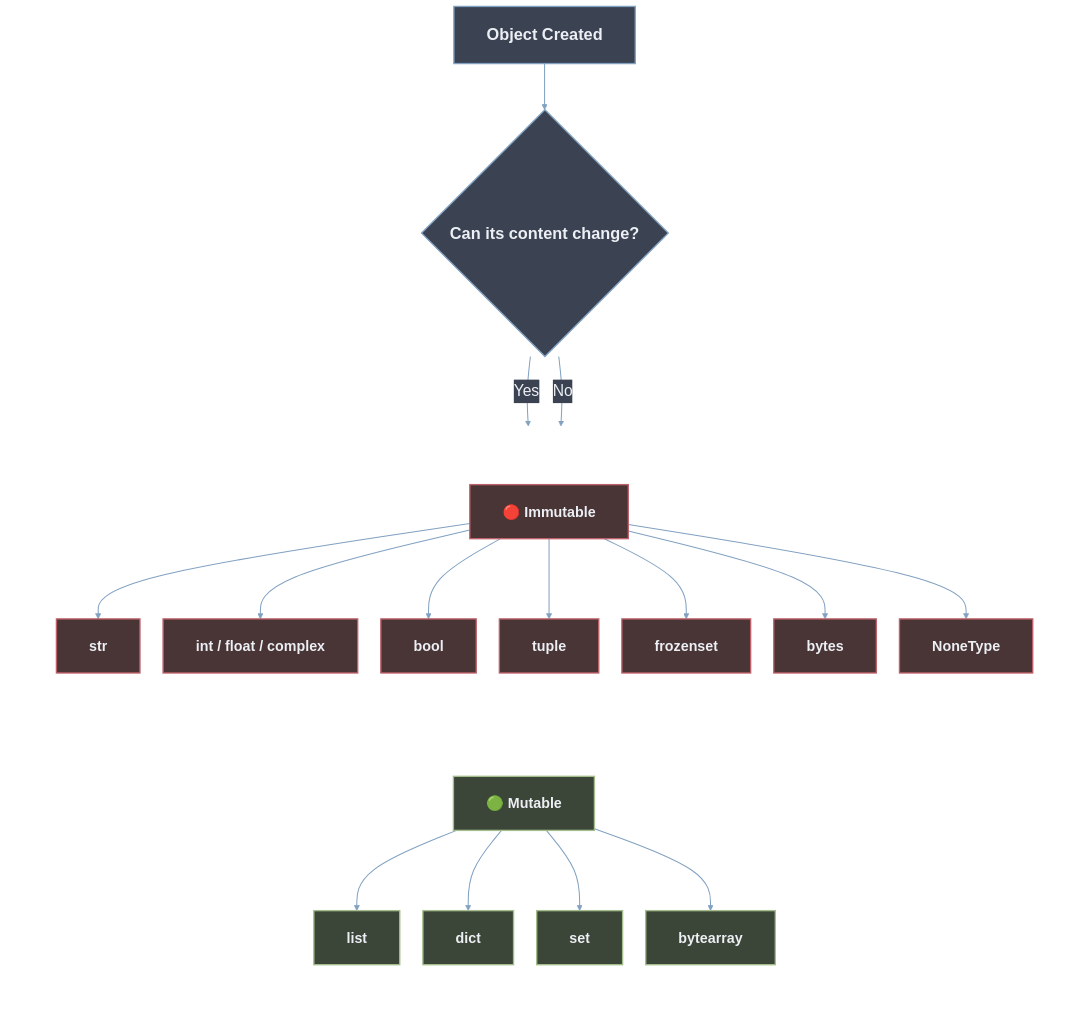
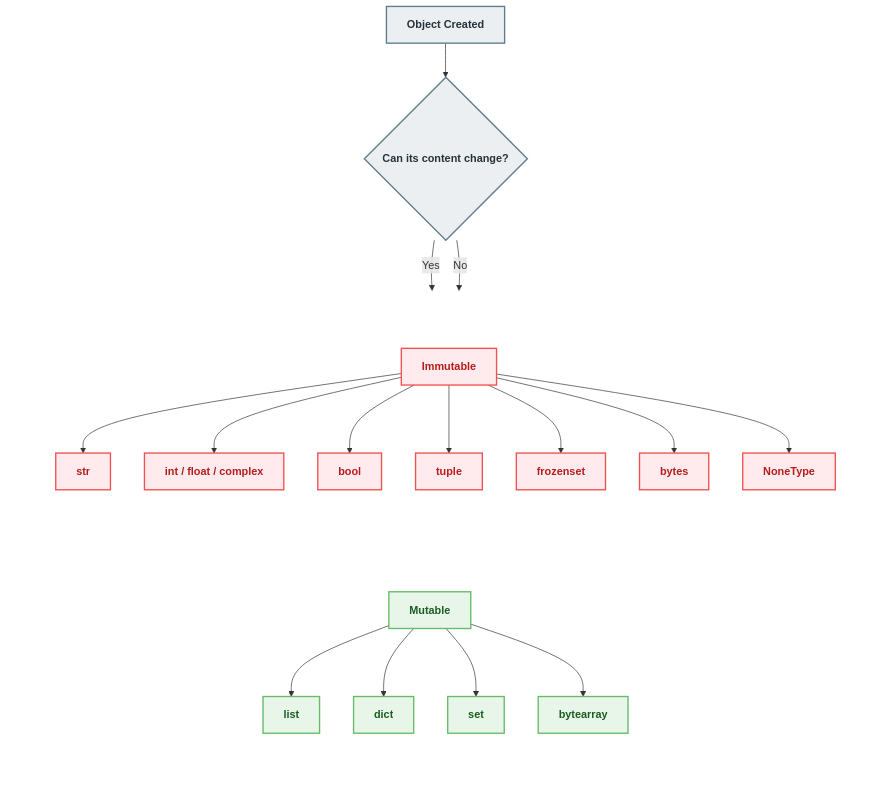
Before and after one commit to maliksiddiq/learning-agentic-ai: the fifth of 6 diagrams in 01_ Python_For_ Agentic_ Ai/01 Data types/Readme.md, drawn with Mermaid. The commit also changed other lines of this file, not shown here.

````diff
--- a/01_ Python_For_ Agentic_ Ai/01 Data types/Readme.md
+++ b/01_ Python_For_ Agentic_ Ai/01 Data types/Readme.md
@@ -681,42 +566,39 @@
 ```mermaid
-%%{init: {'theme': 'base', 'themeVariables': {'background': '#2E3440', 'primaryColor': '#3B4252', 'primaryTextColor': '#ECEFF4', 'primaryBorderColor': '#81A1C1', 'lineColor': '#81A1C1', 'edgeLabelBackground': '#3B4252', 'fontSize': '23px', 'fontFamily': 'Segoe UI, Arial, sans-serif'}, 'flowchart': {'useMaxWidth': true, 'htmlLabels': true, 'wrappingWidth': 500, 'nodeSpacing': 34, 'rankSpacing': 68, 'curve': 'basis', 'padding': 24}} }%%
 flowchart TB
     A["Object Created"] --> B{"Can its content change?"}
 
     subgraph ROWMI[ ]
     direction LR
         subgraph G_MUT[ ]
         direction TB
-            M["🟢 Mutable"]
+            M["Mutable"]
             M --> M1["list"]
             M --> M2["dict"]
             M --> M3["set"]
             M --> M4["bytearray"]
         end
         subgraph G_IMM[ ]
         direction TB
-            I["🔴 Immutable"]
+            I["Immutable"]
             I --> I1["str"]
             I --> I2["int / float / complex"]
             I --> I3["bool"]
             I --> I4["tuple"]
             I --> I5["frozenset"]
             I --> I6["bytes"]
             I --> I7["NoneType"]
         end
     end
 
     B -->|"Yes"| M
     B -->|"No"| I
 
-    classDef decision fill:#3B4252,color:#ECEFF4,stroke:#81A1C1,stroke-width:2px,font-weight:bold,font-size:24px
-    classDef mut fill:#3C4638,color:#ECEFF4,stroke:#A3BE8C,stroke-width:2px,font-weight:bold,font-size:21px
-    classDef imm fill:#493536,color:#ECEFF4,stroke:#BF616A,stroke-width:2px,font-weight:bold,font-size:21px
+    classDef decision fill:#ECEFF1,color:#263238,stroke:#607D8B,stroke-width:2px,font-weight:bold
+    classDef mut fill:#E8F5E9,color:#1B5E20,stroke:#66BB6A,stroke-width:2px,font-weight:bold
+    classDef imm fill:#FFEBEE,color:#B71C1C,stroke:#EF5350,stroke-width:2px,font-weight:bold
     classDef grp fill:transparent,stroke:transparent
     class A,B decision
     class M,M1,M2,M3,M4 mut
     class I,I1,I2,I3,I4,I5,I6,I7 imm
     class ROWMI,G_MUT,G_IMM grp
-
-    linkStyle default stroke:#81A1C1,stroke-width:1.5px
 ```
````
